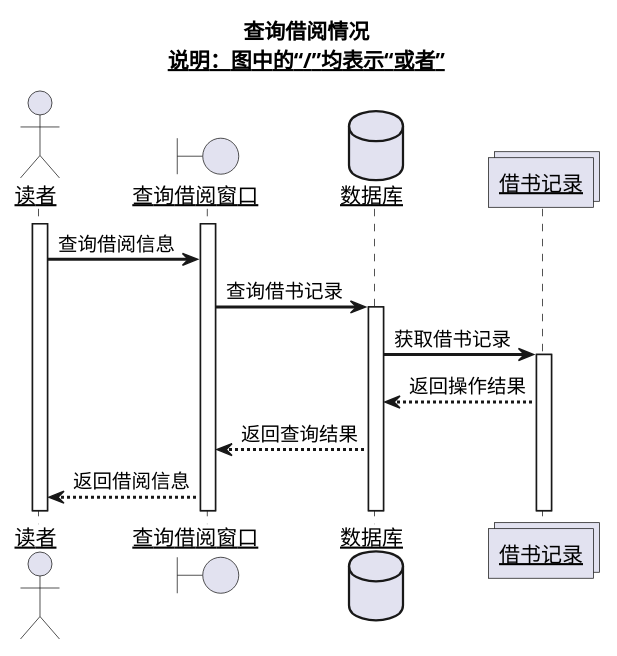
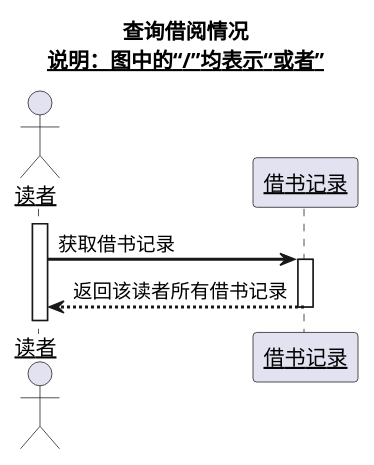
Before and after one commit to Landy7/is_analysis: the diagram in test4/sequence11.md, drawn with PlantUML. The commit also changed 24 other files, not shown here.

```diff
--- a/test4/sequence11.md
+++ b/test4/sequence11.md
@@ -1,24 +1,20 @@
 @startuml
 title
  查询借阅情况
  <u>说明：图中的“/”均表示“或者”</u>
 end title
 skinparam sequenceArrowThickness 2
 skinparam maxmessagesize 60
 skinparam sequenceParticipant underline
-actor "读者" as U
-boundary "查询借阅窗口   " as A
-database "数据库" as B
-collections "借书记录" as C
-activate U
-activate A
-U ->A:查询借阅信息
-A ->B:查询借书记录
+
+actor 读者
+participant "借书记录" as B
+
+activate 读者
+
+读者 ->B:获取借书记录
 activate B
-B ->C:获取借书记录
-activate C
-C -->B:返回操作结果
-B -->A:返回查询结果
-A -->U:返回借阅信息
 
+B -->读者:返回该读者所有借书记录
+deactivate B
 @enduml
```
